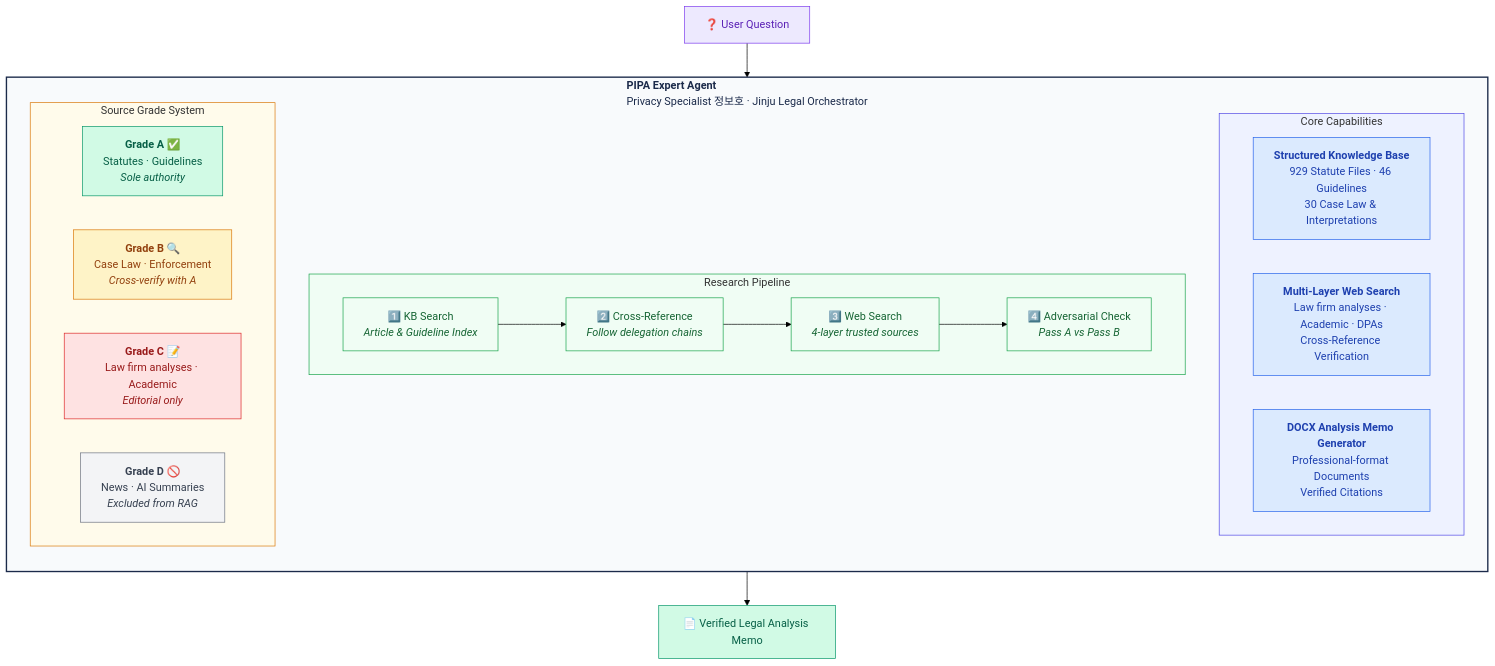
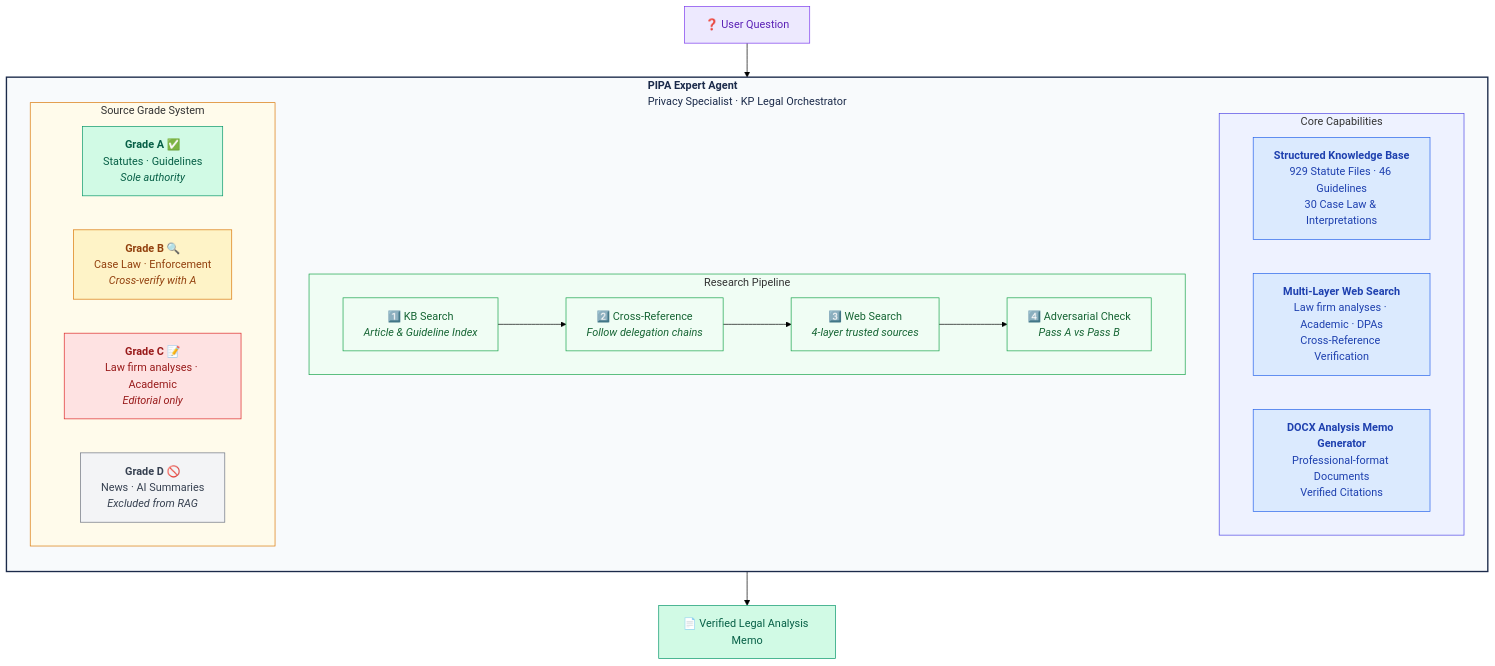
The first of 2 diagrams in README.md (kipeum86/PIPA-expert), drawn with Mermaid (forest theme) before and after one commit. The commit also changed other lines of this file and 7 other files, not shown here.

````diff
--- a/README.md
+++ b/README.md
@@ -48,51 +48,51 @@
 ```mermaid
 graph TB
-    subgraph agent["<b>PIPA Expert Agent</b><br/>Privacy Specialist 정보호 · Jinju Legal Orchestrator"]
+    subgraph agent["<b>PIPA Expert Agent</b><br/>Privacy Specialist · KP Legal Orchestrator"]
         direction TB
 
         subgraph core["Core Capabilities"]
             direction LR
             KB["<b>Structured Knowledge Base</b><br/>929 Statute Files · 46 Guidelines<br/>30 Case Law &amp; Interpretations"]
             WS["<b>Multi-Layer Web Search</b><br/>Law firm analyses · Academic · DPAs<br/>Cross-Reference Verification"]
             DX["<b>DOCX Analysis Memo Generator</b><br/>Professional-format Documents<br/>Verified Citations"]
         end
 
         subgraph pipeline["Research Pipeline"]
             direction LR
             S1["1️⃣ KB Search<br/><i>Article & Guideline Index</i>"]
             S2["2️⃣ Cross-Reference<br/><i>Follow delegation chains</i>"]
             S3["3️⃣ Web Search<br/><i>4-layer trusted sources</i>"]
             S4["4️⃣ Adversarial Check<br/><i>Pass A vs Pass B</i>"]
             S1 --> S2 --> S3 --> S4
         end
 
         subgraph grades["Source Grade System"]
             direction LR
             GA["<b>Grade A</b> ✅<br/>Statutes · Guidelines<br/><i>Sole authority</i>"]
             GB["<b>Grade B</b> 🔍<br/>Case Law · Enforcement<br/><i>Cross-verify with A</i>"]
             GC["<b>Grade C</b> 📝<br/>Law firm analyses · Academic<br/><i>Editorial only</i>"]
             GD["<b>Grade D</b> 🚫<br/>News · AI Summaries<br/><i>Excluded from RAG</i>"]
         end
     end
 
     Q["❓ User Question"] --> S1
     S4 --> O["📄 Verified Legal Analysis Memo"]
 
     style agent fill:#f8fafc,stroke:#1B2A4A,stroke-width:2px,color:#1B2A4A
     style core fill:#eef2ff,stroke:#4f46e5,stroke-width:1px
     style pipeline fill:#f0fdf4,stroke:#16a34a,stroke-width:1px
     style grades fill:#fffbeb,stroke:#d97706,stroke-width:1px
     style KB fill:#dbeafe,stroke:#2563eb,color:#1e40af
     style WS fill:#dbeafe,stroke:#2563eb,color:#1e40af
     style DX fill:#dbeafe,stroke:#2563eb,color:#1e40af
     style GA fill:#d1fae5,stroke:#059669,color:#065f46
     style GB fill:#fef3c7,stroke:#d97706,color:#92400e
     style GC fill:#fee2e2,stroke:#dc2626,color:#991b1b
     style GD fill:#f3f4f6,stroke:#6b7280,color:#374151
     style Q fill:#ede9fe,stroke:#7c3aed,color:#5b21b6
     style O fill:#d1fae5,stroke:#059669,color:#065f46
     style S1 fill:#f0fdf4,stroke:#16a34a,color:#166534
     style S2 fill:#f0fdf4,stroke:#16a34a,color:#166534
     style S3 fill:#f0fdf4,stroke:#16a34a,color:#166534
     style S4 fill:#f0fdf4,stroke:#16a34a,color:#166534
 ```
````
